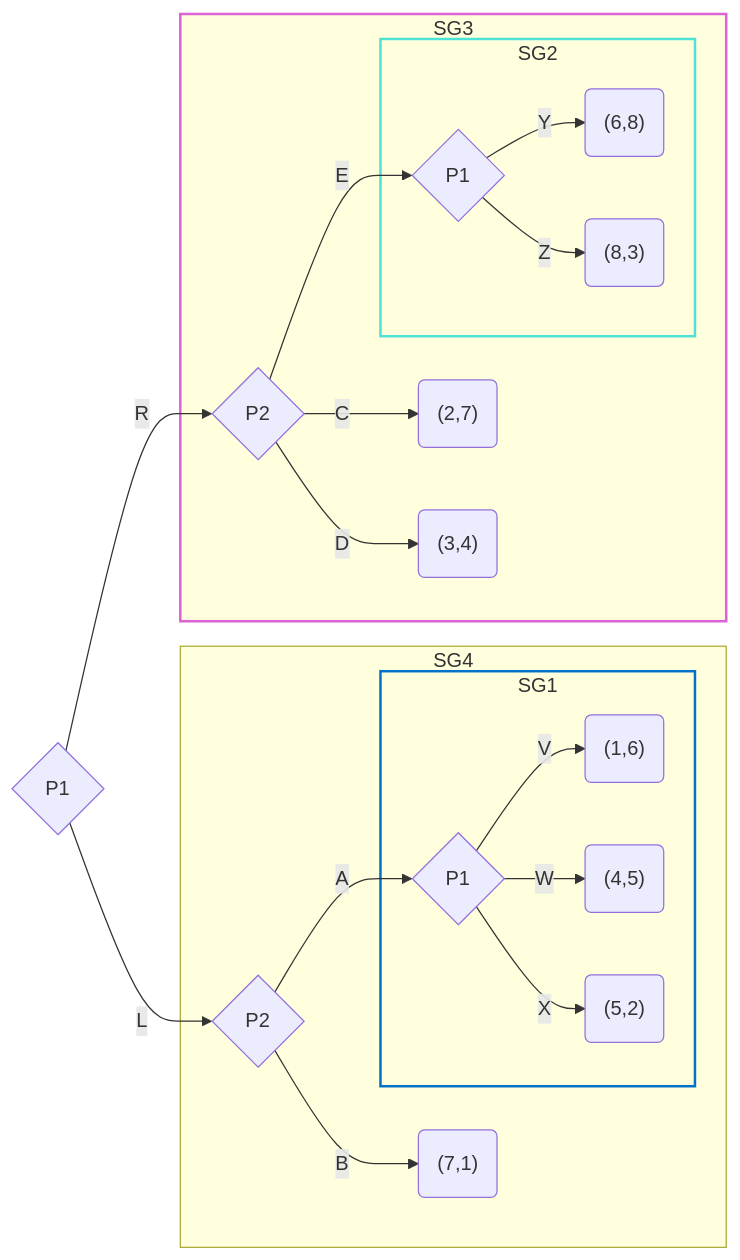
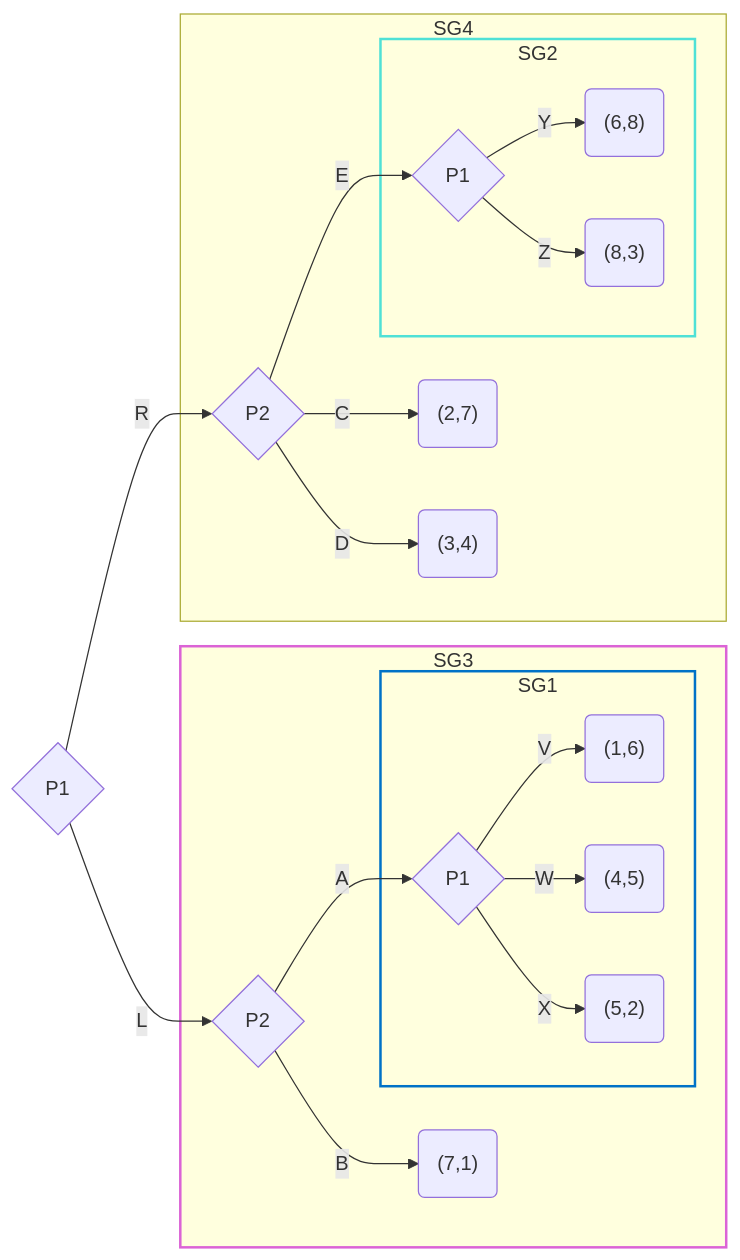
One commit to mydam169/microeconomics changed the third of 10 diagrams in contents/lecture_5.qmd. Above: the diagram before and after it, drawn with Mermaid. The commit also changed other lines of this file and 18 other files, not shown here.

````diff
--- a/contents/lecture_5.qmd
+++ b/contents/lecture_5.qmd
@@ -448,32 +448,32 @@
 ```{mermaid}
 flowchart LR
     %% upper branch
     first{P1} -- L --> secondL{P2} 
 
-    subgraph SG4
+    subgraph SG3
         secondL -- A --> firstL{P1}
         subgraph SG1
             firstL -- V --> out2("(1,6)")
             firstL -- W --> out3("(4,5)")
             firstL -- X --> out4("(5,2)")
         end
         secondL -- B --> out1("(7,1)")
         %% lower branch
     end
     
     first -- R --> secondR{P2}
     
-    subgraph SG3
+    subgraph SG4
         secondR -- C --> out5("(2,7)")
         secondR -- D --> out6("(3,4)")
         secondR -- E --> firstR{P1}
         subgraph SG2
             firstR -- Y --> out7("(6,8)")
             firstR -- Z --> out8("(8,3)")
         end
     end
 
     style SG1 stroke:#0072c7,stroke-width:2px
     style SG2 stroke:#4fe1d6,stroke-width:2px
     style SG3 stroke:#db63d6,stroke-width:2px
 ```
````
